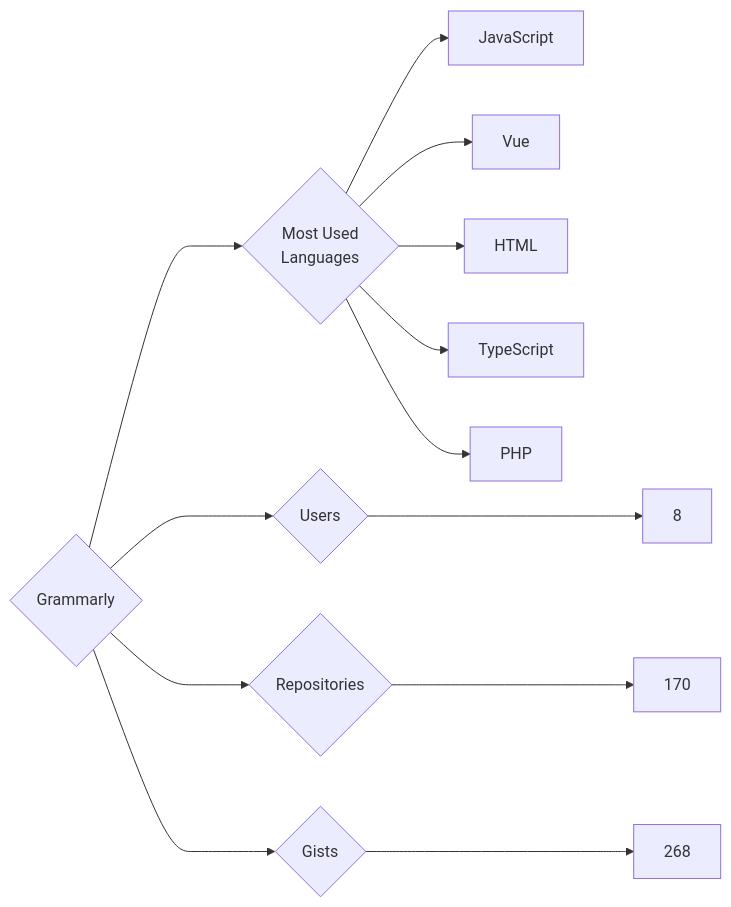
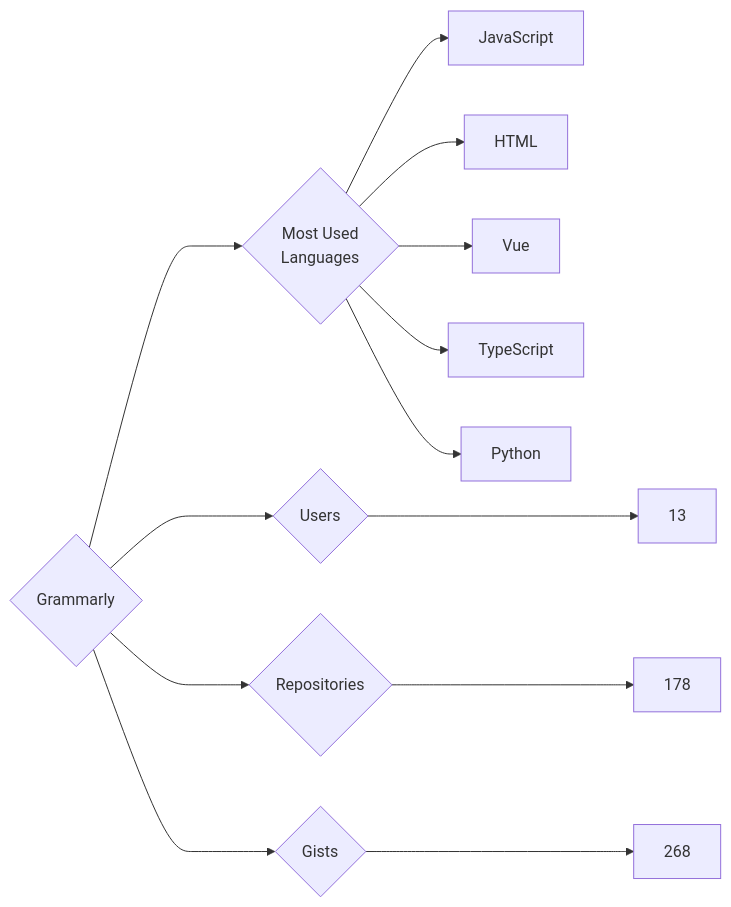
One commit to trickest/insiders changed the diagram in targets/Grammarly/README.md. Above: the diagram before and after it, drawn with Mermaid. The commit also changed 1020 other files, not shown here.

````diff
--- a/targets/Grammarly/README.md
+++ b/targets/Grammarly/README.md
@@ -3,13 +3,13 @@
 ```mermaid
 graph LR
 COMPANY_NAME{Grammarly}
-COMPANY_NAME ---> U{Users} ---> UN[8]
-COMPANY_NAME ---> R{Repositories} ---> RN[170]
+COMPANY_NAME ---> U{Users} ---> UN[13]
+COMPANY_NAME ---> R{Repositories} ---> RN[178]
 COMPANY_NAME ---> G{Gists} ---> GN[268]
 COMPANY_NAME ---> ML{Most Used<br>Languages}
 ML --> JavaScript[JavaScript]
+ML --> HTML[HTML]
 ML --> Vue[Vue]
-ML --> HTML[HTML]
 ML --> TypeScript[TypeScript]
-ML --> PHP[PHP]
+ML --> Python[Python]
 ```
````
